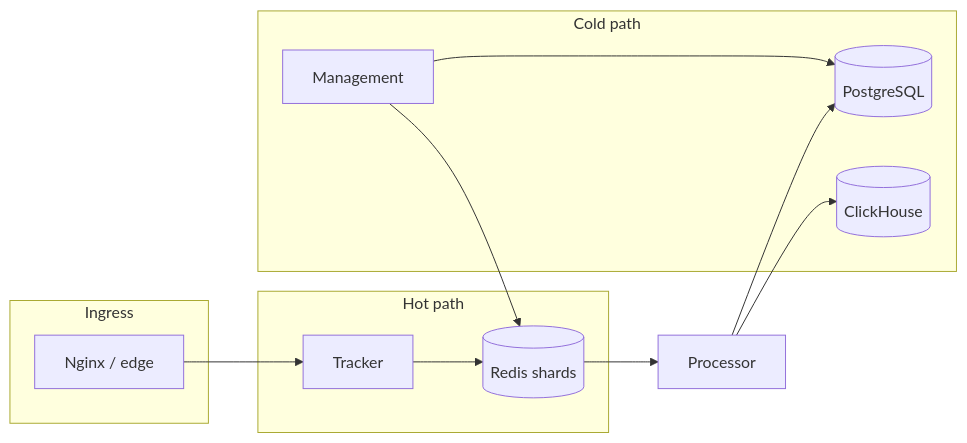
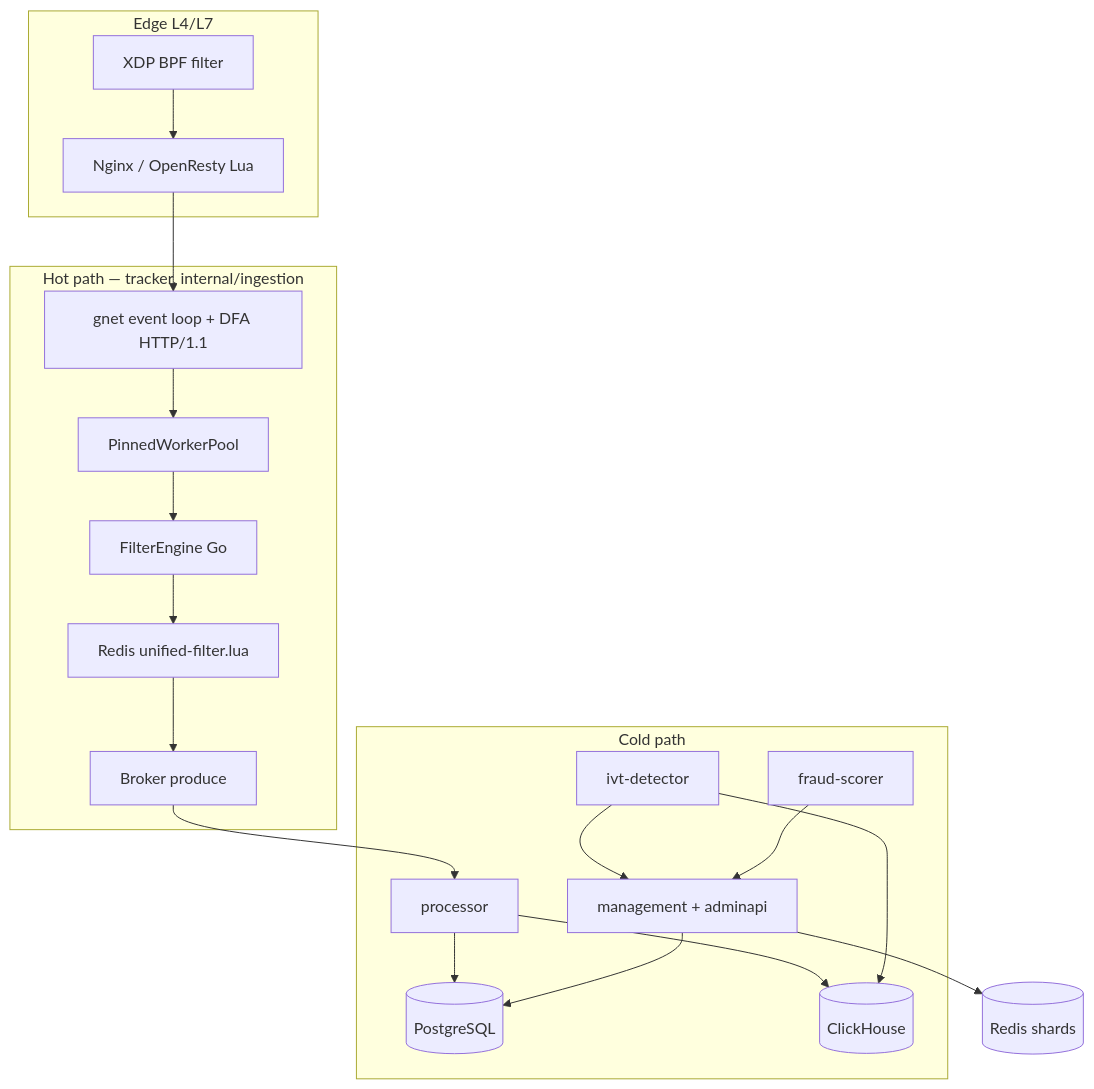
The diagram in README.md (mykhailov-ua/eSPX), drawn with Mermaid before and after one commit. The commit also changed other lines of this file and 23 other files, not shown here.

Commit message:
docs: refresh milestones, gaps, architecture, and RTB roadmap

````diff
--- a/README.md
+++ b/README.md
@@ -21,22 +23,36 @@
 ```mermaid
-flowchart LR
-  subgraph ingress [Ingress]
-    Nginx[Nginx / edge]
+flowchart TB
+  subgraph edge [Edge L4/L7]
+    XDP[XDP BPF filter]
+    Nginx[Nginx / OpenResty Lua]
   end
-  subgraph hot [Hot path]
-    Tracker[Tracker]
-    Redis[(Redis shards)]
+
+  subgraph hot [Hot path — tracker, internal/ingestion]
+    Gnet[gnet event loop + DFA HTTP/1.1]
+    Pool[PinnedWorkerPool]
+    FE[FilterEngine Go]
+    Lua[Redis unified-filter.lua]
+    BrokerP[Broker produce]
   end
+
   subgraph cold [Cold path]
-    Mgmt[Management]
+    Proc[processor]
+    Mgmt[management + adminapi]
+    IVT[ivt-detector]
+    FS[fraud-scorer]
     PG[(PostgreSQL)]
     CH[(ClickHouse)]
   end
-  Nginx --> Tracker
-  Tracker --> Redis
-  Redis --> Processor[Processor]
-  Processor --> PG
-  Processor --> CH
+
+  XDP --> Nginx --> Gnet
+  Gnet --> Pool --> FE --> Lua
+  Lua --> BrokerP
+  BrokerP --> Proc
+  Proc --> PG
+  Proc --> CH
+  IVT --> CH
+  IVT --> Mgmt
+  FS --> Mgmt
   Mgmt --> PG
-  Mgmt --> Redis
+  Mgmt --> Redis[(Redis shards)]
 ```
````
